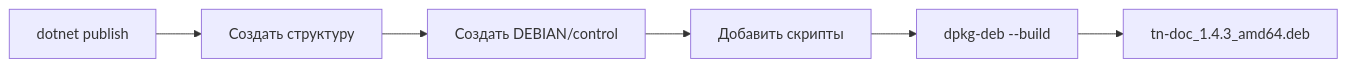
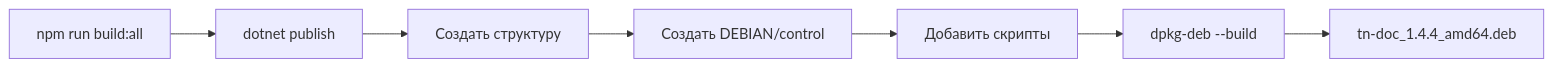
Before and after one commit to tn-ivk/tn-doc: the second of 2 diagrams in docs/development/building.md, drawn with Mermaid. The commit also changed other lines of this file and 12 other files, not shown here.

````diff
--- a/docs/development/building.md
+++ b/docs/development/building.md
@@ -164,8 +350,9 @@
 ```mermaid
 flowchart LR
-    Publish[dotnet publish] --> Structure[Создать структуру]
+    VueBuild[npm run build:all] --> Publish[dotnet publish]
+    Publish --> Structure[Создать структуру]
     Structure --> Control[Создать DEBIAN/control]
     Control --> Scripts[Добавить скрипты]
     Scripts --> Build[dpkg-deb --build]
-    Build --> DEB[tn-doc_1.4.3_amd64.deb]
+    Build --> DEB[tn-doc_1.4.4_amd64.deb]
 ```
````
